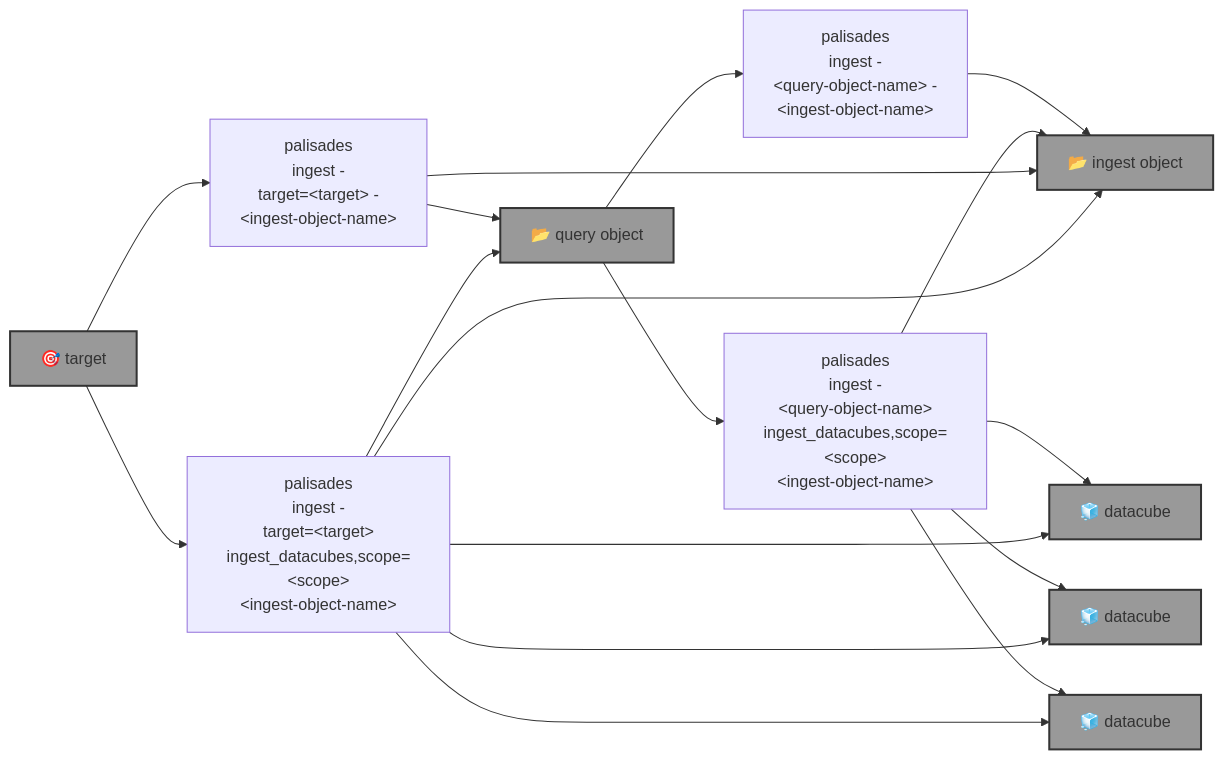
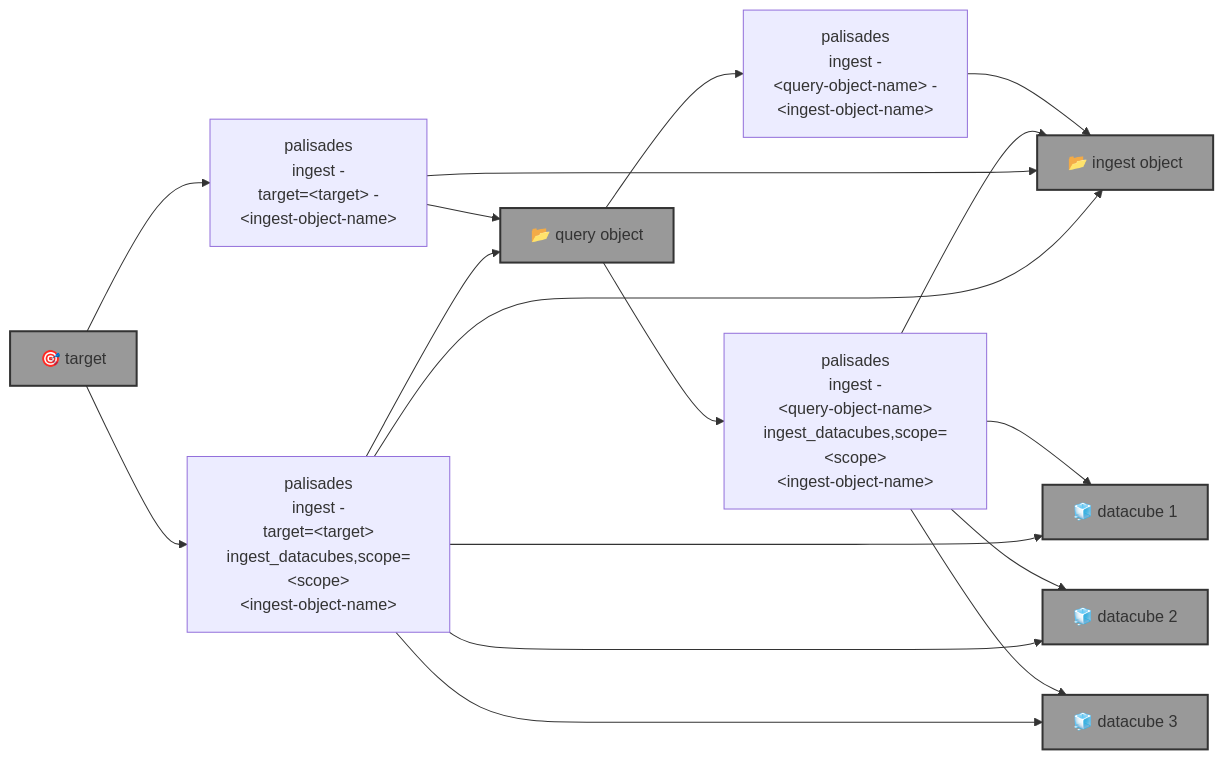
The diagram in blue_sandbox/palisades/README.md (kamangir/blue-sandbox), drawn with Mermaid before and after one commit. The commit also changed other lines of this file and 9 other files, not shown here.

````diff
--- a/blue_sandbox/palisades/README.md
+++ b/blue_sandbox/palisades/README.md
@@ -5,37 +5,37 @@
 ```mermaid
 graph LR
     palisades_ingest_query["palisades<br>ingest -<br>&lt;query-object-name&gt; -<br>&lt;ingest-object-name&gt;"]
     palisades_ingest_query_ingest["palisades<br>ingest -<br>&lt;query-object-name&gt;<br>ingest_datacubes,scope=&lt;scope&gt;<br>&lt;ingest-object-name&gt;"]
 
     palisades_ingest_target["palisades<br>ingest -<br>target=&lt;target&gt; -<br>&lt;ingest-object-name&gt;"]
     palisades_ingest_target_ingest["palisades<br>ingest -<br>target=&lt;target&gt;<br>ingest_datacubes,scope=&lt;scope&gt;<br>&lt;ingest-object-name&gt;"]
 
     target["🎯 target"]:::folder
     query_object["📂 query object"]:::folder
     ingest_object["📂 ingest object"]:::folder
-    datacube_1["🧊 datacube"]:::folder
-    datacube_2["🧊 datacube"]:::folder
-    datacube_3["🧊 datacube"]:::folder
+    datacube_1["🧊 datacube 1"]:::folder
+    datacube_2["🧊 datacube 2"]:::folder
+    datacube_3["🧊 datacube 3"]:::folder
 
     query_object --> palisades_ingest_query
     palisades_ingest_query --> ingest_object
 
     query_object --> palisades_ingest_query_ingest
     palisades_ingest_query_ingest --> datacube_1
     palisades_ingest_query_ingest --> datacube_2
     palisades_ingest_query_ingest --> datacube_3
     palisades_ingest_query_ingest --> ingest_object
 
     target --> palisades_ingest_target
     palisades_ingest_target --> query_object
     palisades_ingest_target --> ingest_object
 
     target --> palisades_ingest_target_ingest
     palisades_ingest_target_ingest --> query_object
     palisades_ingest_target_ingest --> datacube_1
     palisades_ingest_target_ingest --> datacube_2
     palisades_ingest_target_ingest --> datacube_3
     palisades_ingest_target_ingest --> ingest_object
 
     classDef folder fill:#999,stroke:#333,stroke-width:2px;
 ```
````
